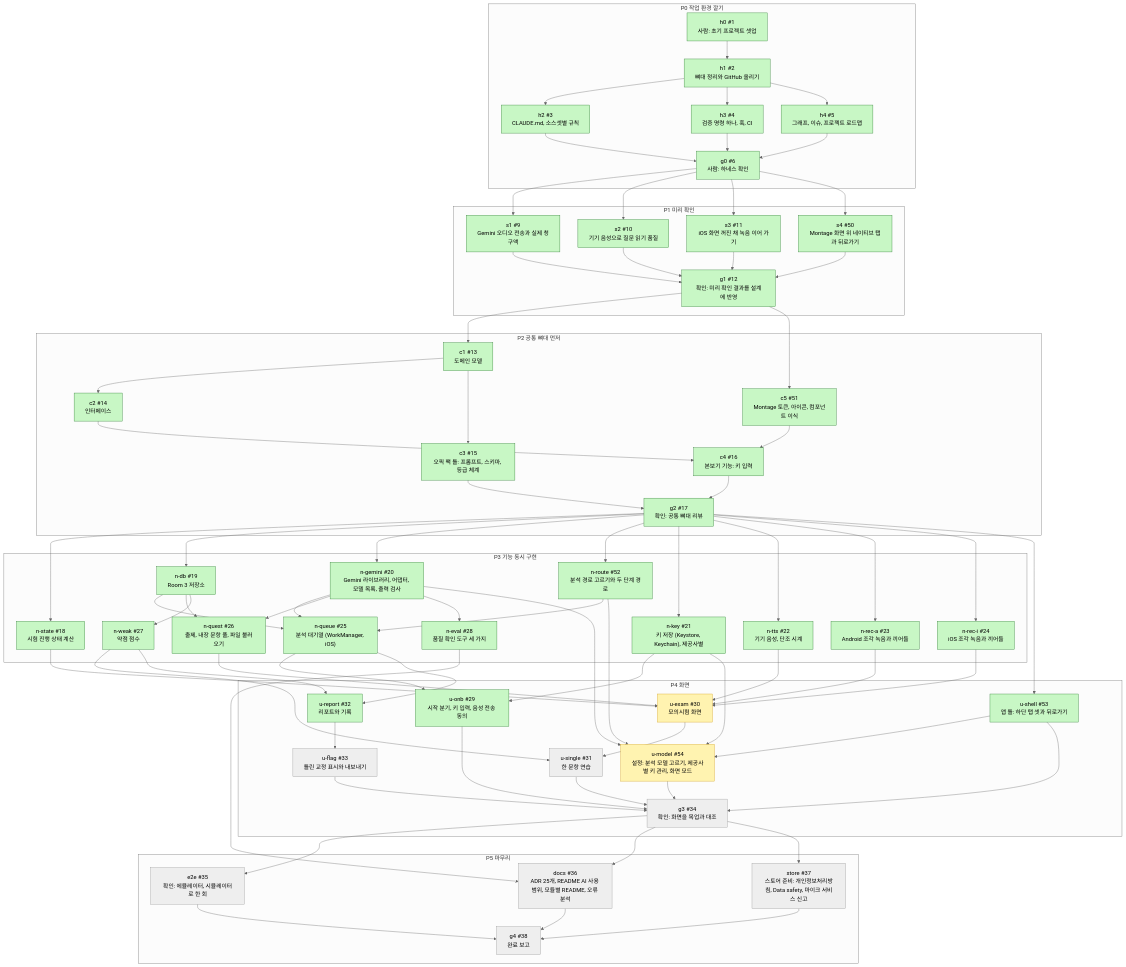
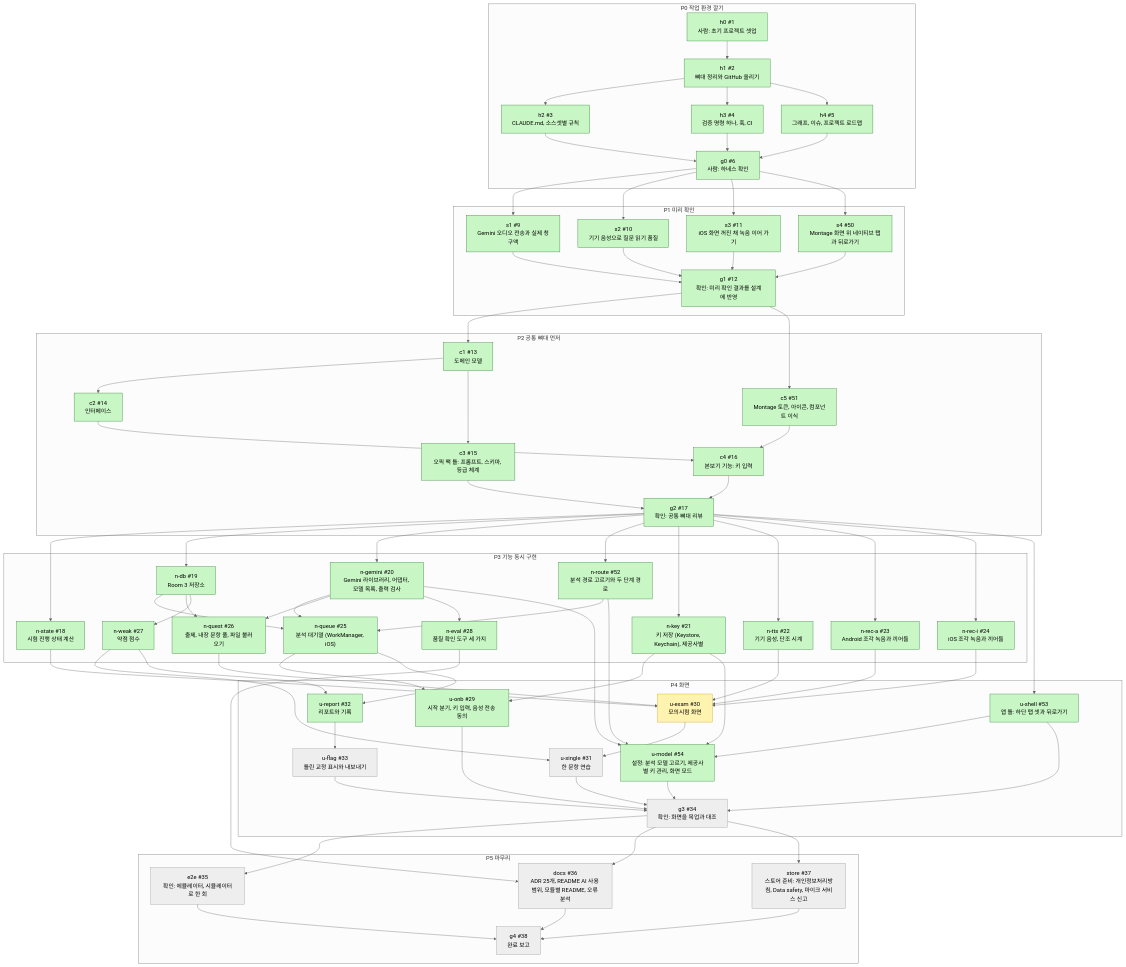
One commit to nosorae/AiOpicSelfStudy changed the first of 2 diagrams in docs/graph/dev-graph.md. Above: the diagram before and after it, drawn with Mermaid (neutral theme). The commit also changed other lines of this file and 1 other file, not shown here.

Commit message:
[u-model] 노드 상태를 done 으로 바꿨다 (#54)

````diff
--- a/docs/graph/dev-graph.md
+++ b/docs/graph/dev-graph.md
@@ -129,8 +129,8 @@
   classDef todo fill:#eeeeee,stroke:#999999,color:#000
   class u_single,u_flag,g3,e2e,docs,store,g4 todo
   classDef doing fill:#fff3b0,stroke:#d4a017,color:#000
-  class u_exam,u_model doing
+  class u_exam doing
   classDef done fill:#c8f7c5,stroke:#2e7d32,color:#000
-  class h0,h1,h2,h3,h4,g0,s1,s2,s3,s4,g1,c1,c2,c3,c5,c4,g2,n_state,n_db,n_gemini,n_route,n_key,n_tts,n_rec_a,n_rec_i,n_queue,n_quest,n_weak,n_eval,u_onb,u_shell,u_report done
+  class h0,h1,h2,h3,h4,g0,s1,s2,s3,s4,g1,c1,c2,c3,c5,c4,g2,n_state,n_db,n_gemini,n_route,n_key,n_tts,n_rec_a,n_rec_i,n_queue,n_quest,n_weak,n_eval,u_onb,u_shell,u_report,u_model done
   classDef blocked fill:#ffcdd2,stroke:#c62828,color:#000
 ```
````
